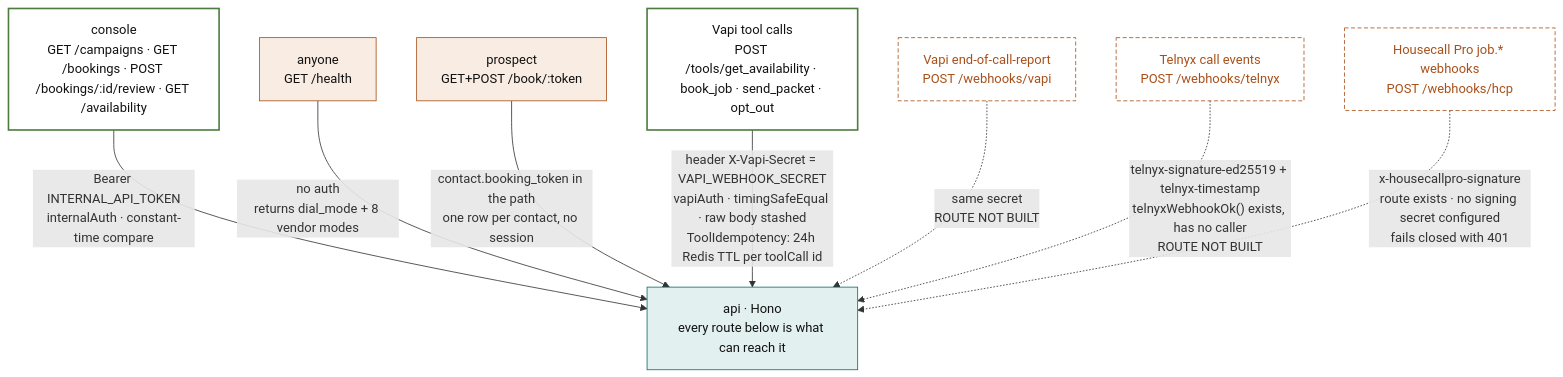
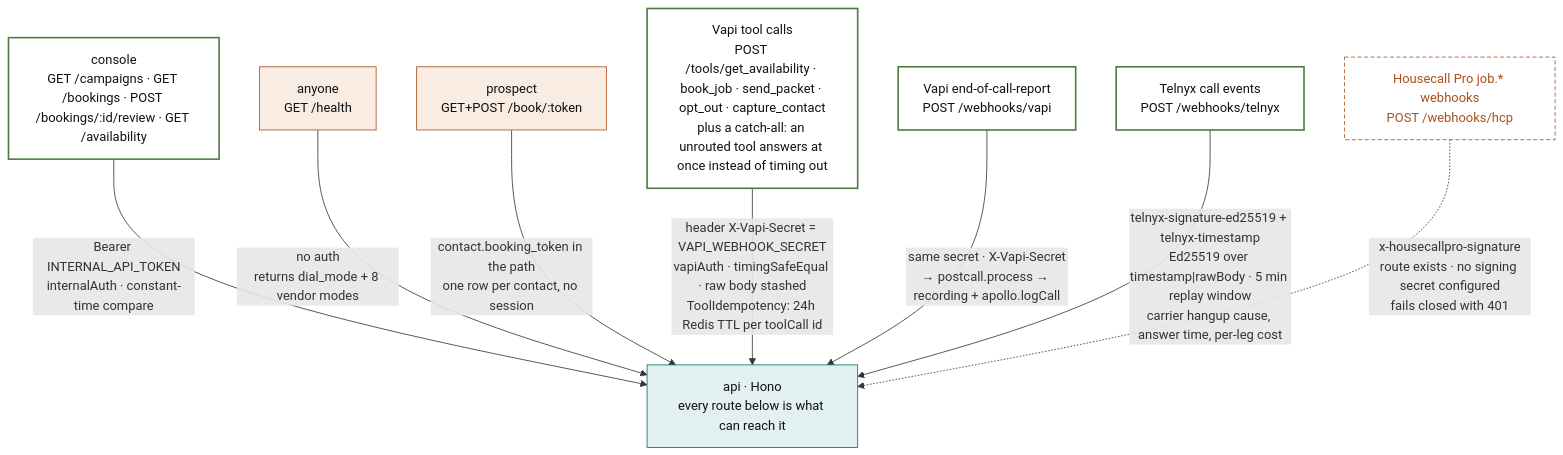
The fifth of 7 diagrams in docs/ARCHITECTURE.md (MAKaminski/tm-voice), drawn with Mermaid before and after one commit. The commit also changed other lines of this file and 46 other files, not shown here.

````diff
--- a/docs/ARCHITECTURE.md
+++ b/docs/ARCHITECTURE.md
@@ -237,25 +237,25 @@
 ```mermaid
 flowchart TB
   classDef svc fill:#e2f0ef,stroke:#0e6d6a,color:#111
   classDef ok fill:#fff,stroke:#4d7c3f,stroke-width:2px,color:#111
   classDef gap fill:#fff,stroke:#a8501a,stroke-dasharray:5 3,color:#a8501a
   classDef pub fill:#f9ece2,stroke:#a8501a,color:#111
 
   api["api · Hono<br/>every route below is what can reach it"]:::svc
 
   c1["console<br/>GET /campaigns · GET /bookings · POST /bookings/:id/review · GET /availability"]:::ok
   c2["anyone<br/>GET /health"]:::pub
   c3["prospect<br/>GET+POST /book/:token"]:::pub
-  v1["Vapi tool calls<br/>POST /tools/get_availability · book_job · send_packet · opt_out"]:::ok
-  v2["Vapi end-of-call-report<br/>POST /webhooks/vapi"]:::gap
-  t1["Telnyx call events<br/>POST /webhooks/telnyx"]:::gap
+  v1["Vapi tool calls<br/>POST /tools/get_availability · book_job · send_packet · opt_out · capture_contact<br/>plus a catch-all: an unrouted tool answers at once instead of timing out"]:::ok
+  v2["Vapi end-of-call-report<br/>POST /webhooks/vapi"]:::ok
+  t1["Telnyx call events<br/>POST /webhooks/telnyx"]:::ok
   h1["Housecall Pro job.* webhooks<br/>POST /webhooks/hcp"]:::gap
 
   c1 -->|"Bearer INTERNAL_API_TOKEN<br/>internalAuth · constant-time compare"| api
   c2 -->|"no auth<br/>returns dial_mode + 8 vendor modes"| api
   c3 -->|"contact.booking_token in the path<br/>one row per contact, no session"| api
   v1 -->|"header X-Vapi-Secret = VAPI_WEBHOOK_SECRET<br/>vapiAuth · timingSafeEqual · raw body stashed<br/>ToolIdempotency: 24h Redis TTL per toolCall id"| api
-  v2 -.->|"same secret<br/>ROUTE NOT BUILT"| api
-  t1 -.->|"telnyx-signature-ed25519 + telnyx-timestamp<br/>telnyxWebhookOk() exists, has no caller<br/>ROUTE NOT BUILT"| api
+  v2 -->|"same secret · X-Vapi-Secret<br/>→ postcall.process → recording + apollo.logCall"| api
+  t1 -->|"telnyx-signature-ed25519 + telnyx-timestamp<br/>Ed25519 over timestamp|rawBody · 5 min replay window<br/>carrier hangup cause, answer time, per-leg cost"| api
   h1 -.->|"x-housecallpro-signature<br/>route exists · no signing secret configured<br/>fails closed with 401"| api
 ```
````
